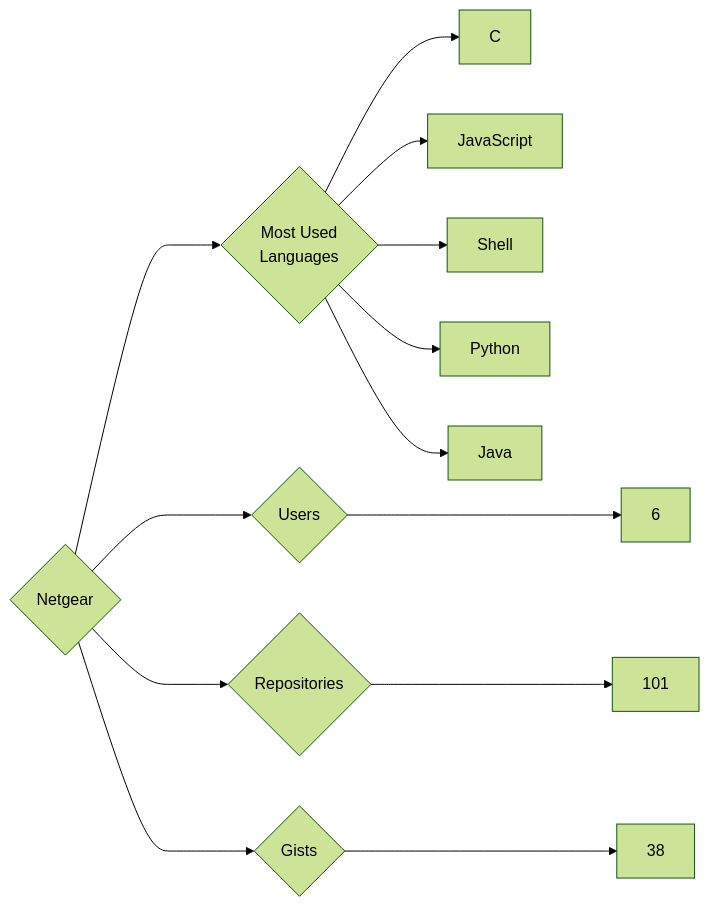
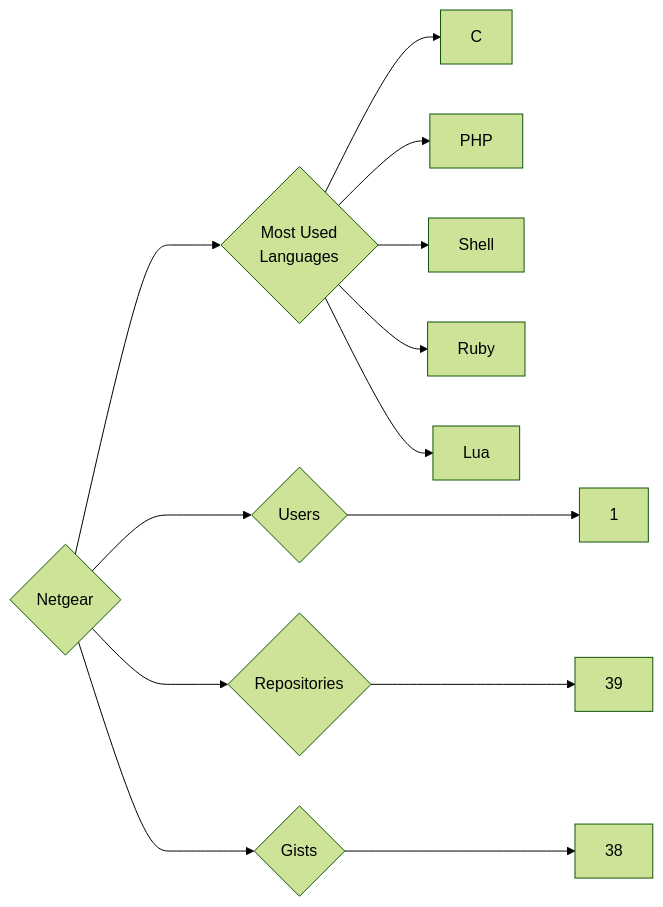
One commit to trickest/insiders changed the diagram in targets/Netgear/README.md. Above: the diagram before and after it, drawn with Mermaid (forest theme). The commit also changed 725 other files, not shown here.

````diff
--- a/targets/Netgear/README.md
+++ b/targets/Netgear/README.md
@@ -3,13 +3,13 @@
 ```mermaid
 graph LR
 COMPANY_NAME{Netgear}
-COMPANY_NAME ---> U{Users} ---> UN[6]
-COMPANY_NAME ---> R{Repositories} ---> RN[101]
+COMPANY_NAME ---> U{Users} ---> UN[1]
+COMPANY_NAME ---> R{Repositories} ---> RN[39]
 COMPANY_NAME ---> G{Gists} ---> GN[38]
 COMPANY_NAME ---> ML{Most Used<br>Languages}
 ML --> C[C]
-ML --> JavaScript[JavaScript]
+ML --> PHP[PHP]
 ML --> Shell[Shell]
-ML --> Python[Python]
-ML --> Java[Java]
+ML --> Ruby[Ruby]
+ML --> Lua[Lua]
 ```
````
